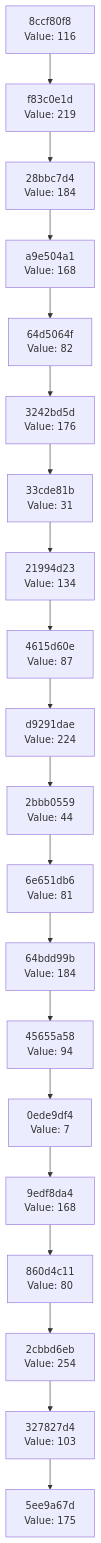
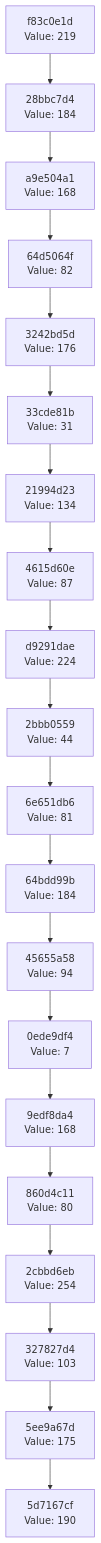
One commit to Abhisheksinha1506/hash-chain-evolver changed the diagram in docs/CHAIN_VISUALIZATION.md. Above: the diagram before and after it, drawn with Mermaid. The commit also changed 3 other files, not shown here.

````diff
--- a/docs/CHAIN_VISUALIZATION.md
+++ b/docs/CHAIN_VISUALIZATION.md
@@ -3,42 +3,42 @@
 ```mermaid
 graph TD
-    C0["5ee9a67d<br/>Value: 175"]
-    C1["327827d4<br/>Value: 103"]
+    C0["5d7167cf<br/>Value: 190"]
+    C1["5ee9a67d<br/>Value: 175"]
     C1 --> C0
-    C2["2cbbd6eb<br/>Value: 254"]
+    C2["327827d4<br/>Value: 103"]
     C2 --> C1
-    C3["860d4c11<br/>Value: 80"]
+    C3["2cbbd6eb<br/>Value: 254"]
     C3 --> C2
-    C4["9edf8da4<br/>Value: 168"]
+    C4["860d4c11<br/>Value: 80"]
     C4 --> C3
-    C5["0ede9df4<br/>Value: 7"]
+    C5["9edf8da4<br/>Value: 168"]
     C5 --> C4
-    C6["45655a58<br/>Value: 94"]
+    C6["0ede9df4<br/>Value: 7"]
     C6 --> C5
-    C7["64bdd99b<br/>Value: 184"]
+    C7["45655a58<br/>Value: 94"]
     C7 --> C6
-    C8["6e651db6<br/>Value: 81"]
+    C8["64bdd99b<br/>Value: 184"]
     C8 --> C7
-    C9["2bbb0559<br/>Value: 44"]
+    C9["6e651db6<br/>Value: 81"]
     C9 --> C8
-    C10["d9291dae<br/>Value: 224"]
+    C10["2bbb0559<br/>Value: 44"]
     C10 --> C9
-    C11["4615d60e<br/>Value: 87"]
+    C11["d9291dae<br/>Value: 224"]
     C11 --> C10
-    C12["21994d23<br/>Value: 134"]
+    C12["4615d60e<br/>Value: 87"]
     C12 --> C11
-    C13["33cde81b<br/>Value: 31"]
+    C13["21994d23<br/>Value: 134"]
     C13 --> C12
-    C14["3242bd5d<br/>Value: 176"]
+    C14["33cde81b<br/>Value: 31"]
     C14 --> C13
-    C15["64d5064f<br/>Value: 82"]
+    C15["3242bd5d<br/>Value: 176"]
     C15 --> C14
-    C16["a9e504a1<br/>Value: 168"]
+    C16["64d5064f<br/>Value: 82"]
     C16 --> C15
-    C17["28bbc7d4<br/>Value: 184"]
+    C17["a9e504a1<br/>Value: 168"]
     C17 --> C16
-    C18["f83c0e1d<br/>Value: 219"]
+    C18["28bbc7d4<br/>Value: 184"]
     C18 --> C17
-    C19["8ccf80f8<br/>Value: 116"]
+    C19["f83c0e1d<br/>Value: 219"]
     C19 --> C18
 ```
````
